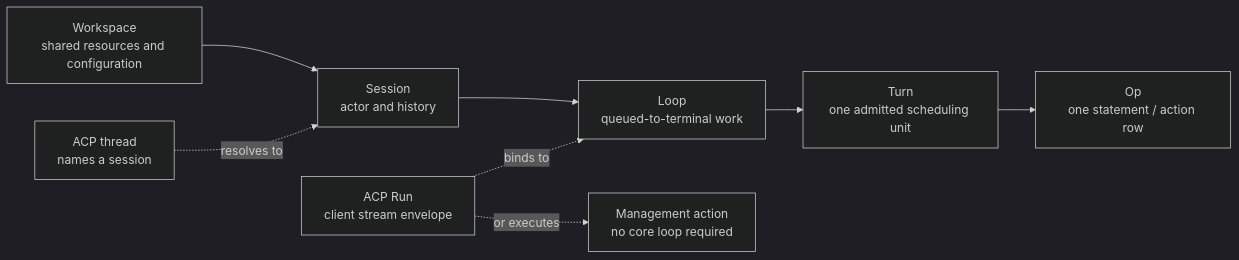
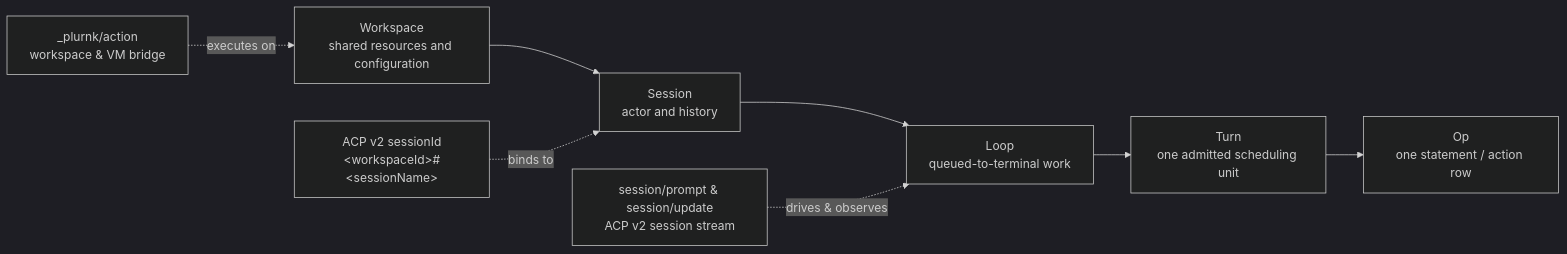
The first of 11 diagrams in plurnk-core/SPEC.md (plurnk/plurnk-service), drawn with Mermaid (dark theme) before and after one commit. The commit also changed other lines of this file and 17 other files, not shown here.

Commit message:
docs: align workspace specifications and teaching corpus with ARCHITECTURE.md (#1396)

````diff
--- a/plurnk-core/SPEC.md
+++ b/plurnk-core/SPEC.md
@@ -48,10 +48,10 @@
 ```mermaid
 flowchart LR
     W["Workspace<br/>shared resources and configuration"] --> K["Session<br/>actor and history"]
     K --> L["Loop<br/>queued-to-terminal work"]
     L --> T["Turn<br/>one admitted scheduling unit"]
     T --> O["Op<br/>one statement / action row"]
-    H["ACP thread<br/>names a session"] -. resolves to .-> K
-    R["ACP Run<br/>client stream envelope"] -. binds to .-> L
-    R -. or executes .-> A["Management action<br/>no core loop required"]
+    H["ACP v2 sessionId<br/>&lt;workspaceId&gt;#&lt;sessionName&gt;"] -. binds to .-> K
+    R["session/prompt &amp; session/update<br/>ACP v2 session stream"] -. drives &amp; observes .-> L
+    A["_plurnk/action<br/>workspace &amp; VM bridge"] -. executes on .-> W
 ```
````
